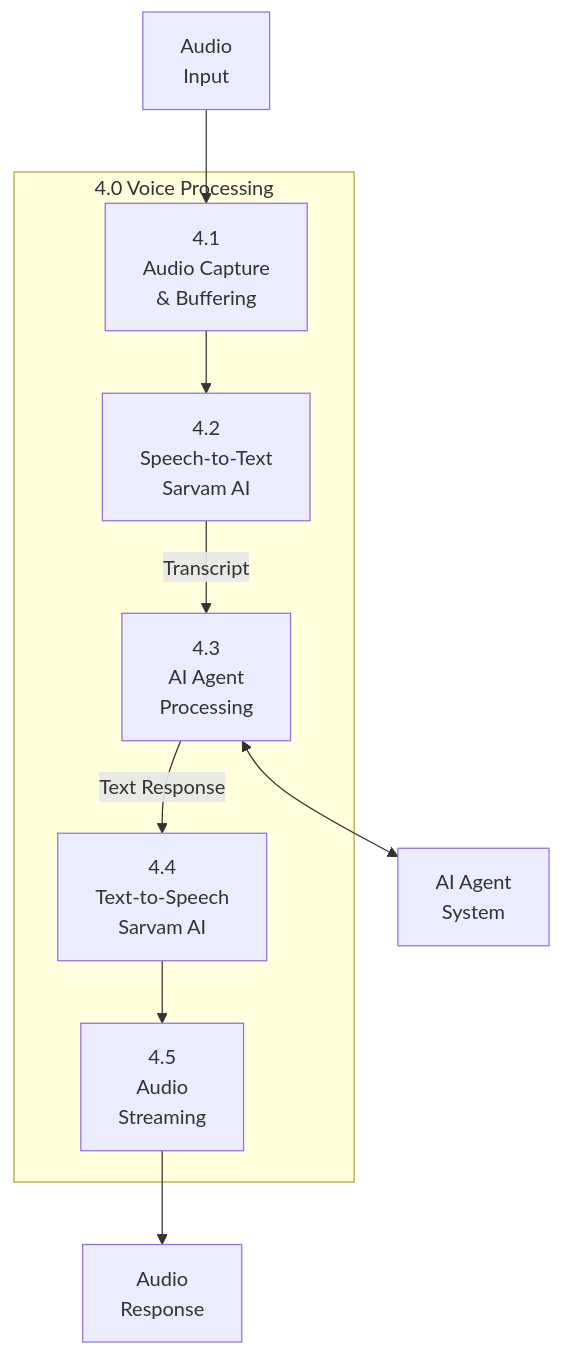
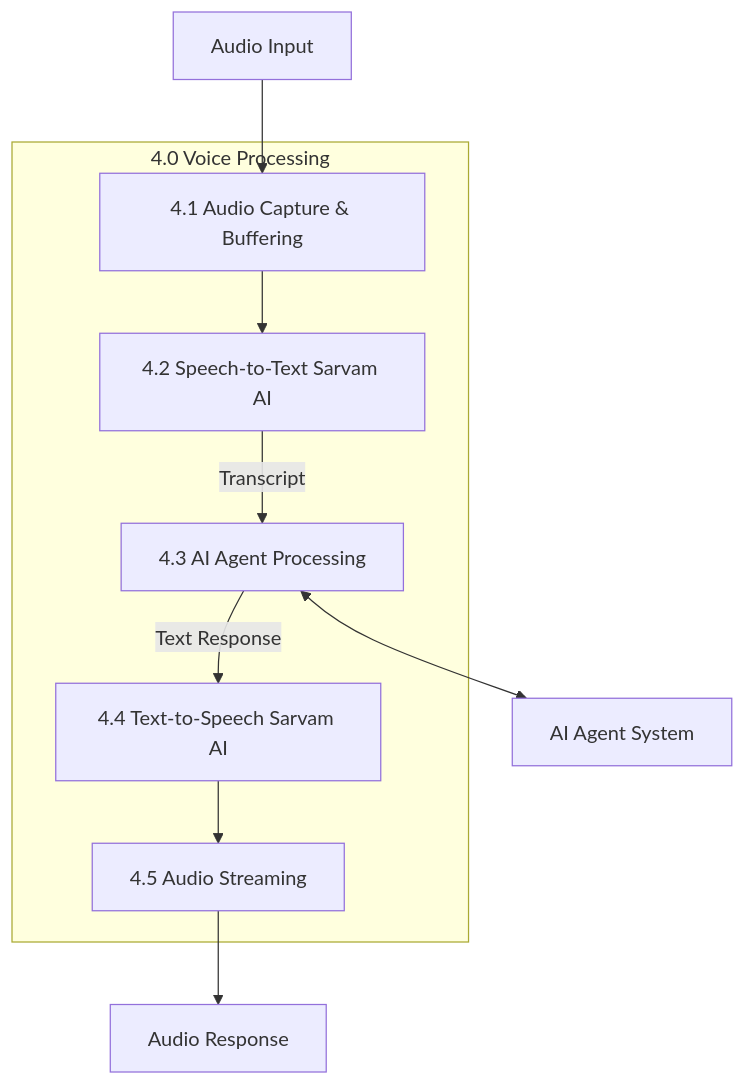
The seventh of 8 diagrams in docss/arch.docs.md (himanshuraimau/Kuma), drawn with Mermaid before and after one commit. The commit also changed other lines of this file and 3 other files, not shown here.

Commit message:
docs: Condense multi-line mermaid diagram labels to single lines for improved readability.

````diff
--- a/docss/arch.docs.md
+++ b/docss/arch.docs.md
@@ -259,23 +259,23 @@
 ```mermaid
 flowchart TB
-    AudioInput[Audio\nInput]
+    AudioInput[Audio Input]
     
     subgraph VoiceProcessing["4.0 Voice Processing"]
-        Capture[4.1\nAudio Capture\n& Buffering]
-        STT[4.2\nSpeech-to-Text\nSarvam AI]
-        AgentProcess[4.3\nAI Agent\nProcessing]
-        TTS[4.4\nText-to-Speech\nSarvam AI]
-        Stream[4.5\nAudio\nStreaming]
+        Capture[4.1 Audio Capture & Buffering]
+        STT[4.2 Speech-to-Text Sarvam AI]
+        AgentProcess[4.3 AI Agent Processing]
+        TTS[4.4 Text-to-Speech Sarvam AI]
+        Stream[4.5 Audio Streaming]
     end
     
-    Agent[AI Agent\nSystem]
-    AudioOutput[Audio\nResponse]
+    Agent[AI Agent System]
+    AudioOutput[Audio Response]
     
     AudioInput --> Capture
     Capture --> STT
     STT -->|Transcript| AgentProcess
     AgentProcess <--> Agent
     AgentProcess -->|Text Response| TTS
     TTS --> Stream
     Stream --> AudioOutput
 ```
````
